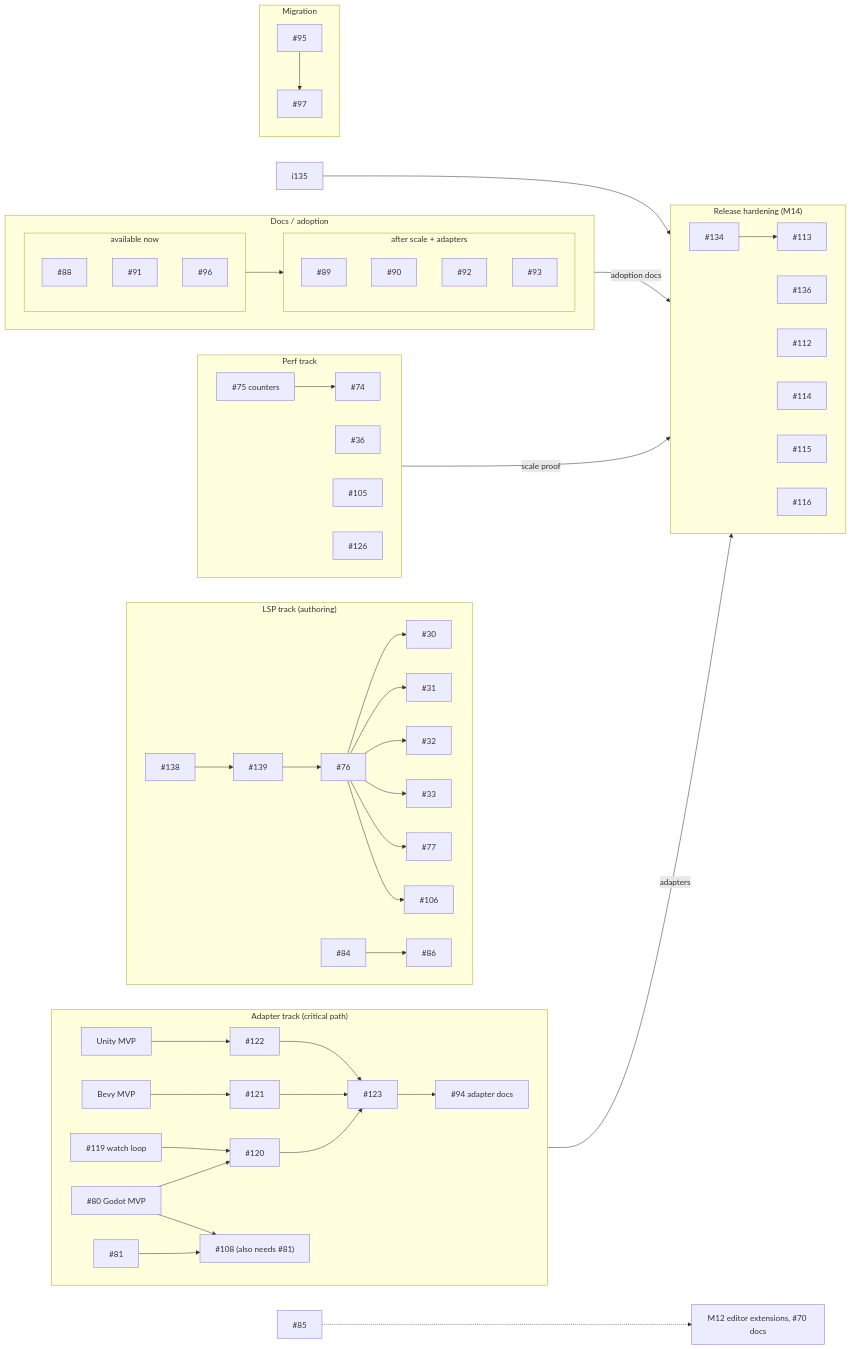
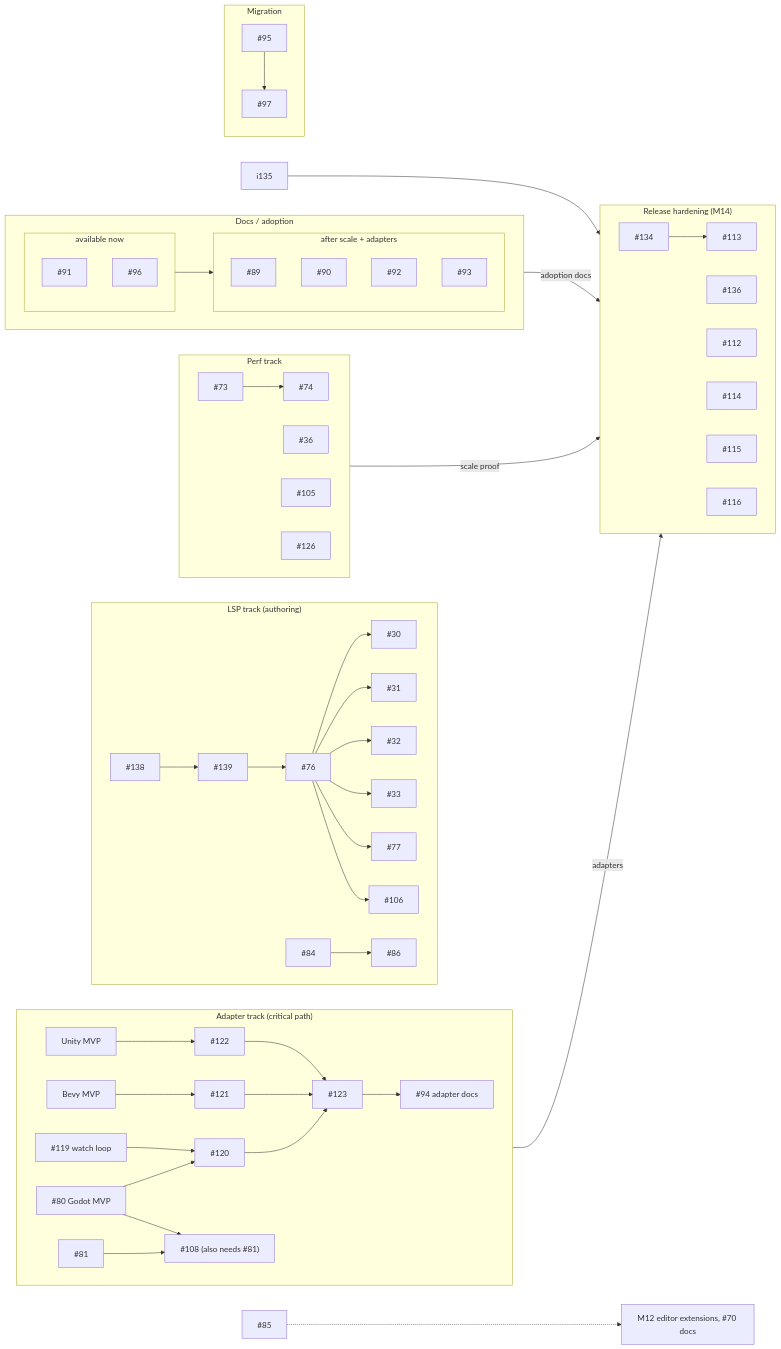
Before and after one commit to plethu/recite: the diagram in docs/roadmap.md, drawn with Mermaid. The commit also changed other lines of this file, not shown here.

Commit message:
docs: refresh roadmap after orchestration pass

````diff
--- a/docs/roadmap.md
+++ b/docs/roadmap.md
@@ -49,76 +46,74 @@
 ```mermaid
 flowchart LR
   subgraph LSP["LSP track (authoring)"]
     direction LR
     i138["#138"] --> i139["#139"]
-    i139 --> i76["#76"]
+    i139["#139"] --> i76["#76"]
     i76 --> i30["#30"]
     i76 --> i31["#31"]
     i76 --> i32["#32"]
     i76 --> i33["#33"]
     i76 --> i77["#77"]
     i76 --> i106["#106"]
     i84["#84"] --> i86["#86"]
   end
 
   subgraph ADP["Adapter track (critical path)"]
     direction LR
     i80["#80 Godot MVP"] --> i120["#120"]
     i119["#119 watch loop"] --> i120
     iBevy["Bevy MVP"] --> i121["#121"]
     iUnity["Unity MVP"] --> i122["#122"]
     i120 --> i123["#123"]
     i121 --> i123
     i122 --> i123
     i123 --> i94["#94 adapter docs"]
     i81["#81"] --> i108
     i80 --> i108["#108 (also needs #81)"]
   end
 
   subgraph PERF["Perf track"]
     direction LR
-    i74["#74"]
+    i73["#73"] --> i74["#74"]
     i36["#36"]
     i105["#105"]
     i126["#126"]
-    i75["#75 counters"] --> i74
   end
 
   subgraph DOCS["Docs / adoption"]
     direction LR
     subgraph DNOW["available now"]
-      i88["#88"]
       i91["#91"]
       i96["#96"]
     end
     subgraph DLATER["after scale + adapters"]
       i89["#89"]
       i90["#90"]
       i92["#92"]
       i93["#93"]
     end
     DNOW --> DLATER
   end
 
   subgraph MIG["Migration"]
     i95["#95"] --> i97["#97"]
   end
 
   subgraph REL["Release hardening (M14)"]
     direction LR
     i134["#134"]
     i136["#136"]
     i112["#112"]
     i113["#113"]
     i114["#114"]
     i115["#115"]
     i116["#116"]
   end
 
   i85["#85"] -.-> editor["M12 editor extensions, #70 docs"]
   i134 --> i113
   i135 --> i112
   i94 -- adapters --> REL
   i74 -- scale proof --> REL
   DLATER -- adoption docs --> REL
 ```
````
